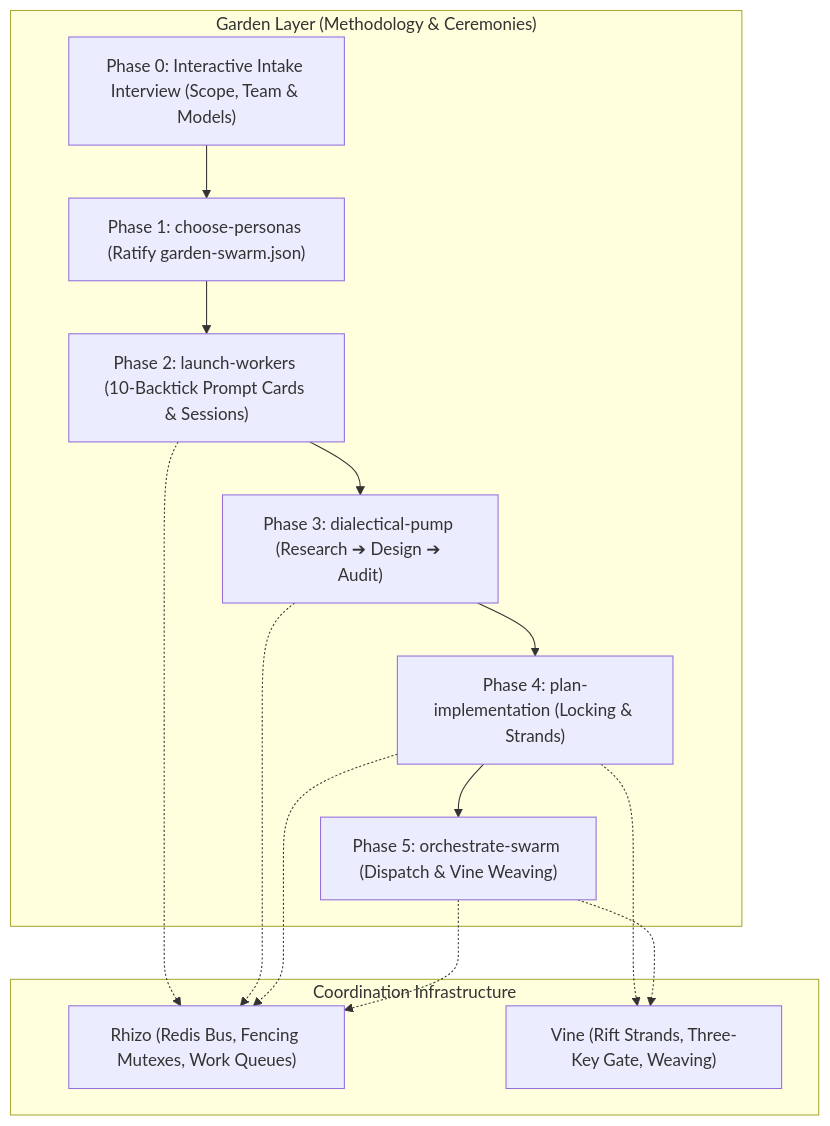
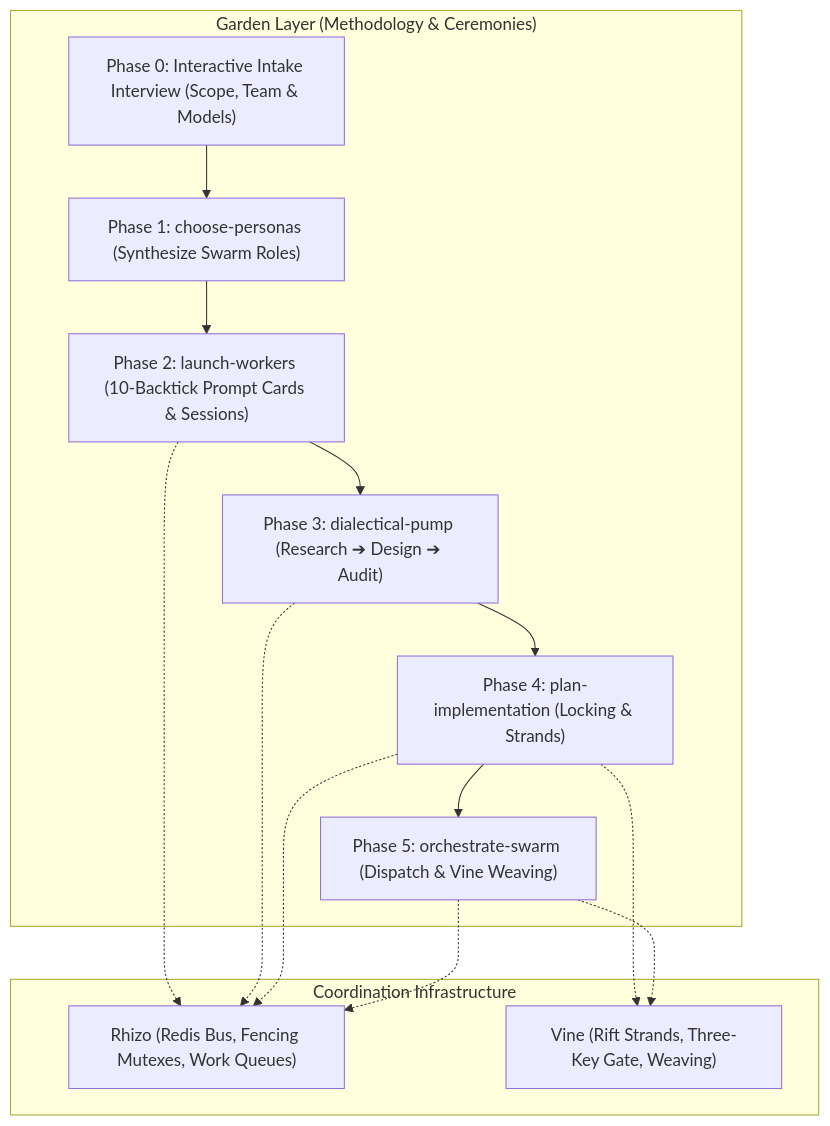
Before and after one commit to axiomantic/garden: the first of 2 diagrams in SKILL.md, drawn with Mermaid. The commit also changed other lines of this file and 11 other files, not shown here.

Commit message:
feat(redis-discovery): eradicate on-disk JSON manifests and implement pure in-memory roadmap

````diff
--- a/SKILL.md
+++ b/SKILL.md
@@ -30,22 +30,22 @@
 ```mermaid
 flowchart TD
     subgraph Garden["Garden Layer (Methodology & Ceremonies)"]
         Phase0["Phase 0: Interactive Intake Interview (Scope, Team & Models)"]
-        Phase1["Phase 1: choose-personas (Ratify garden-swarm.json)"]
+        Phase1["Phase 1: choose-personas (Synthesize Swarm Roles)"]
         Phase2["Phase 2: launch-workers (10-Backtick Prompt Cards & Sessions)"]
         Phase3["Phase 3: dialectical-pump (Research ➔ Design ➔ Audit)"]
         Phase4["Phase 4: plan-implementation (Locking & Strands)"]
         Phase5["Phase 5: orchestrate-swarm (Dispatch & Vine Weaving)"]
     end
 
     subgraph Infrastructure["Coordination Infrastructure"]
         Rhizo["Rhizo (Redis Bus, Fencing Mutexes, Work Queues)"]
         Vine["Vine (Rift Strands, Three-Key Gate, Weaving)"]
     end
 
     Phase0 --> Phase1 --> Phase2 --> Phase3 --> Phase4 --> Phase5
     Phase2 -.-> Rhizo
     Phase3 -.-> Rhizo
     Phase4 -.-> Rhizo & Vine
     Phase5 -.-> Rhizo & Vine
 ```
````
